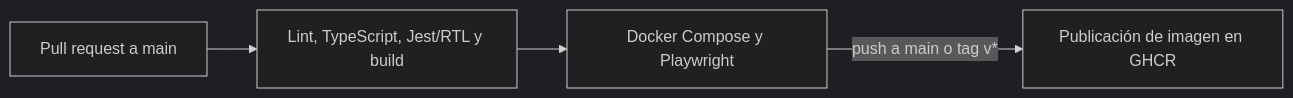
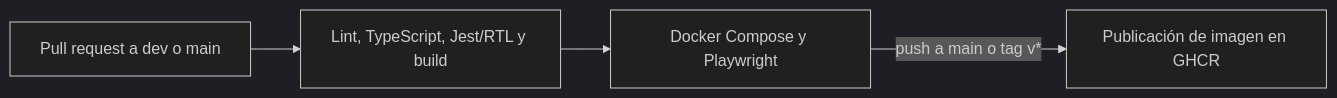
Before and after one commit to FMAT-Restaurant/Menu-Frontend: the diagram in ci-cd/pipeline-design.md, drawn with Mermaid (dark theme). The commit also changed other lines of this file and 2 other files, not shown here.

Commit message:
feat: update CI/CD workflow to validate pull requests and pushes to dev and main branches

````diff
--- a/ci-cd/pipeline-design.md
+++ b/ci-cd/pipeline-design.md
@@ -9,6 +9,6 @@
 ```mermaid
 flowchart LR
-  PR[Pull request a main] --> Q[Lint, TypeScript, Jest/RTL y build]
+  PR[Pull request a dev o main] --> Q[Lint, TypeScript, Jest/RTL y build]
   Q --> E[Docker Compose y Playwright]
   E -->|push a main o tag v*| G[Publicación de imagen en GHCR]
 ```
````
